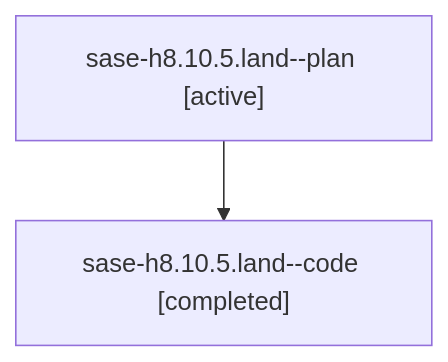
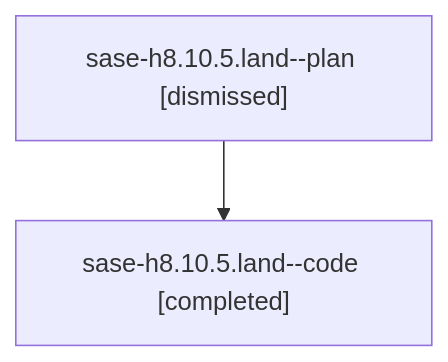
One commit to sase-org/sase--agents changed the diagram in sessions/bbugyi200.athena.sase-h8.10.5.land.md. Above: the diagram before and after it, drawn with Mermaid. The commit also changed other lines of this file and 100 other files, not shown here.

````diff
--- a/sessions/bbugyi200.athena.sase-h8.10.5.land.md
+++ b/sessions/bbugyi200.athena.sase-h8.10.5.land.md
@@ -9,6 +9,6 @@
 ```mermaid
 flowchart TD
-  n0["sase-h8.10.5.land--plan [active]"]
+  n0["sase-h8.10.5.land--plan [dismissed]"]
   n1["sase-h8.10.5.land--code [completed]"]
   n0 --> n1
 ```
````
